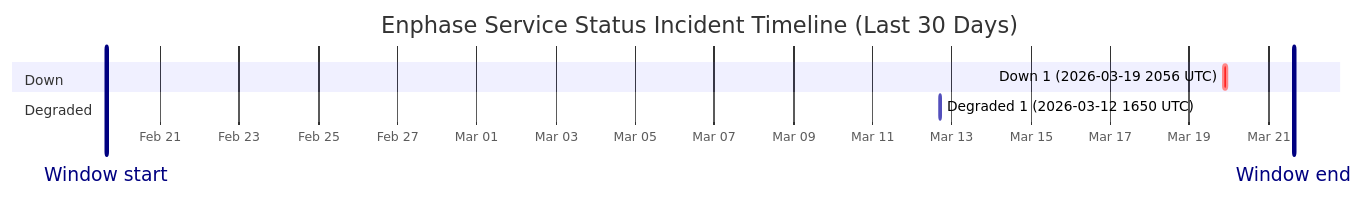
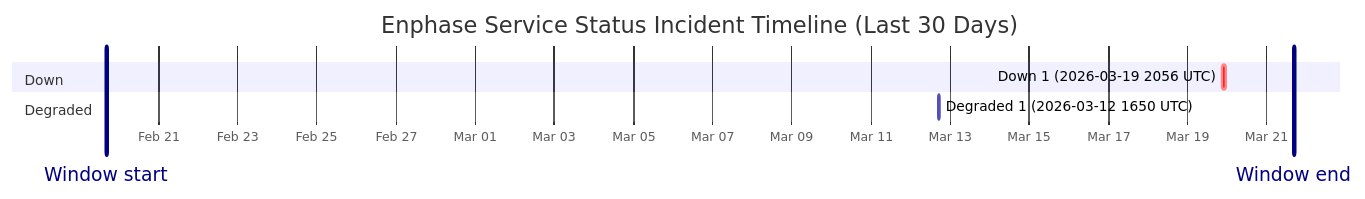
Before and after one commit to barneyonline/ha-enphase-ev-charger: the diagram in wiki/Service-Status-History.md, drawn with Mermaid. The commit also changed other lines of this file and 3 other files, not shown here.

````diff
--- a/wiki/Service-Status-History.md
+++ b/wiki/Service-Status-History.md
@@ -14,12 +14,12 @@
 ```mermaid
 gantt
     title Enphase Service Status Incident Timeline (Last 30 Days)
     dateFormat  YYYY-MM-DDTHH:mm:ss
     axisFormat  %b %d
-    Window start :vert, window-start, 2026-02-19T15:17:14, 0ms
-    Window end :vert, window-end, 2026-03-21T15:17:14, 0ms
+    Window start :vert, window-start, 2026-02-19T16:18:17, 0ms
+    Window end :vert, window-end, 2026-03-21T16:18:17, 0ms
     section Down
     Down 1 (2026-03-19 2056 UTC) :crit, down-1, 2026-03-19T20:56:20, 145m
     section Degraded
     Degraded 1 (2026-03-12 1650 UTC) :active, degraded-1, 2026-03-12T16:50:43, 60m
 ```
````
